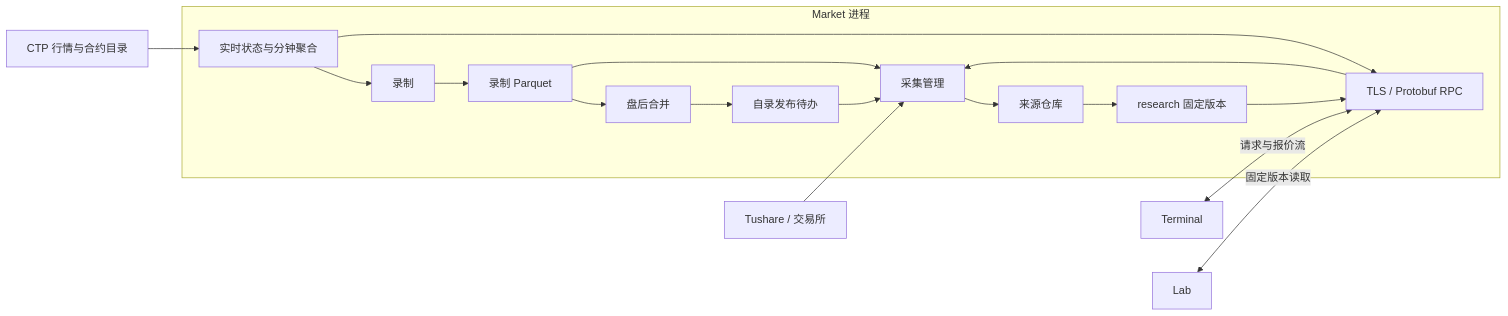
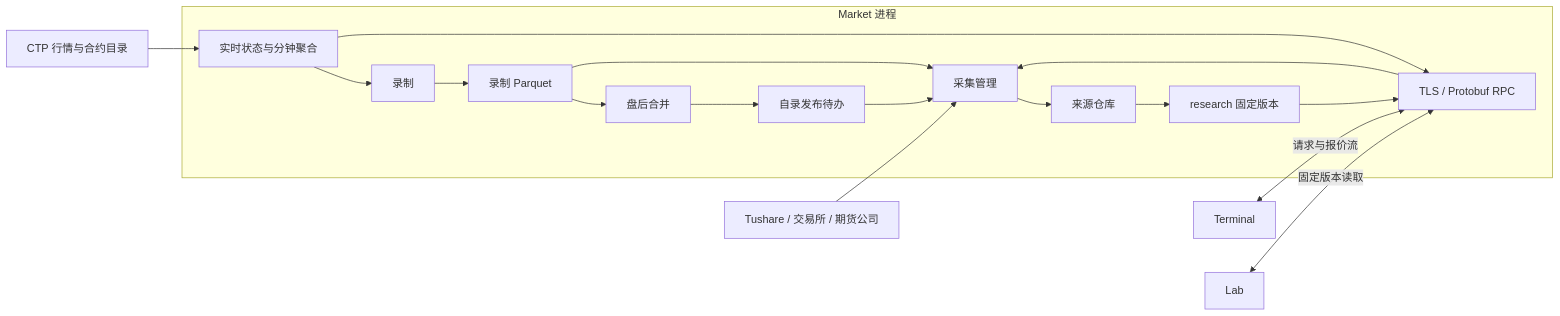
One commit to isqiwen/asterion-terminal changed the first of 5 diagrams in docs/market/architecture.md. Above: the diagram before and after it, drawn with Mermaid. The commit also changed other lines of this file and 26 other files, not shown here.

````diff
--- a/docs/market/architecture.md
+++ b/docs/market/architecture.md
@@ -9,21 +9,21 @@
 ```mermaid
 flowchart LR
     CTP[CTP 行情与合约目录] --> Live[实时状态与分钟聚合]
     subgraph Market[Market 进程]
         RPC[TLS / Protobuf RPC]
         Live --> Record[录制]
         Record --> Archive[录制 Parquet]
         Archive --> Merge[盘后合并]
         Merge --> Publish[自录发布待办]
         Publish --> Acquire[采集管理]
         Archive --> Acquire
         Acquire --> Store[来源仓库]
         Store --> Research[research 固定版本]
         Live --> RPC
         Research --> RPC
         RPC --> Acquire
     end
-    Provider[Tushare / 交易所] --> Acquire
+    Provider[Tushare / 交易所 / 期货公司] --> Acquire
     Terminal[Terminal] <-->|请求与报价流| RPC
     Lab[Lab] <-->|固定版本读取| RPC
 ```
````
